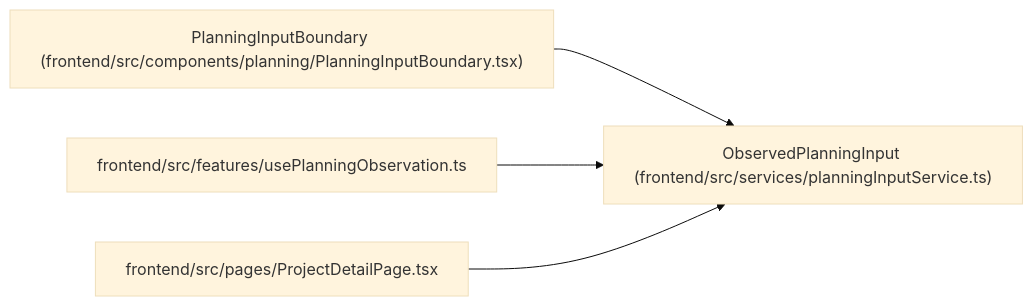
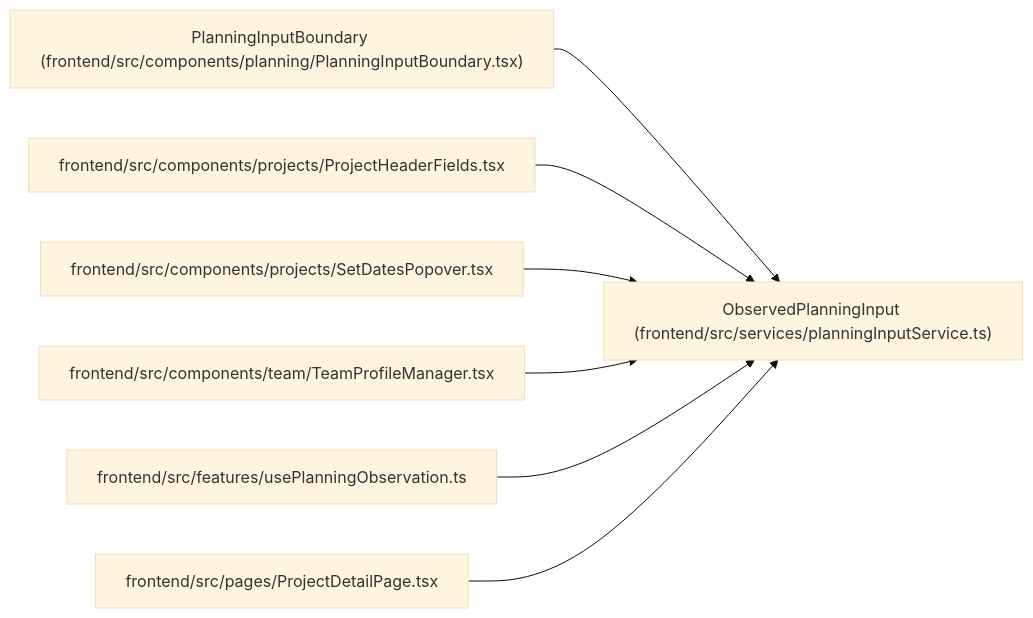
One commit to Denissvgn/WorkChord changed the diagram in docs/llm_wiki/entities/ObservedPlanningInput.md. Above: the diagram before and after it, drawn with Mermaid (base theme). The commit also changed other lines of this file and 2373 other files, not shown here.

````diff
--- a/docs/llm_wiki/entities/ObservedPlanningInput.md
+++ b/docs/llm_wiki/entities/ObservedPlanningInput.md
@@ -30,14 +30,23 @@
 ```mermaid
 flowchart LR
     n0["ObservedPlanningInput (frontend/src/services/planningInputService.ts)"]
     n1["PlanningInputBoundary (frontend/src/components/planning/PlanningInputBoundary.tsx)"]
-    n2["frontend/src/features/usePlanningObservation.ts"]
-    n3["frontend/src/pages/ProjectDetailPage.tsx"]
+    n2["frontend/src/components/projects/ProjectHeaderFields.tsx"]
+    n3["frontend/src/components/projects/SetDatesPopover.tsx"]
+    n4["frontend/src/components/team/TeamProfileManager.tsx"]
+    n5["frontend/src/features/usePlanningObservation.ts"]
+    n6["frontend/src/pages/ProjectDetailPage.tsx"]
     n1 --> n0
     n2 --> n0
     n3 --> n0
+    n4 --> n0
+    n5 --> n0
+    n6 --> n0
     click n0 "../modules/planningInputService.md"
     click n1 "../modules/PlanningInputBoundary.md"
-    click n2 "../modules/usePlanningObservation.md"
-    click n3 "../modules/ProjectDetailPage.md"
+    click n2 "../modules/ProjectHeaderFields.md"
+    click n3 "../modules/SetDatesPopover.md"
+    click n4 "../modules/TeamProfileManager.md"
+    click n5 "../modules/usePlanningObservation.md"
+    click n6 "../modules/ProjectDetailPage.md"
 ```
````
